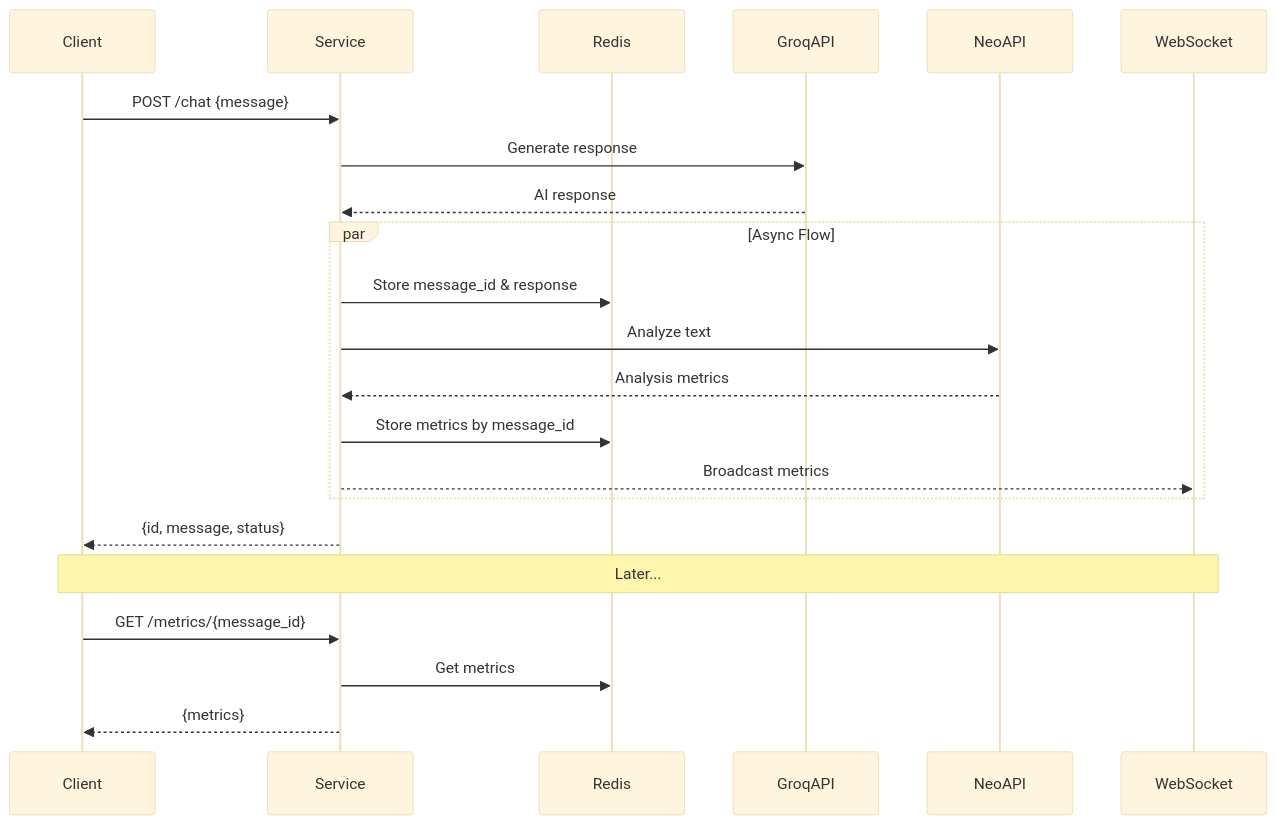
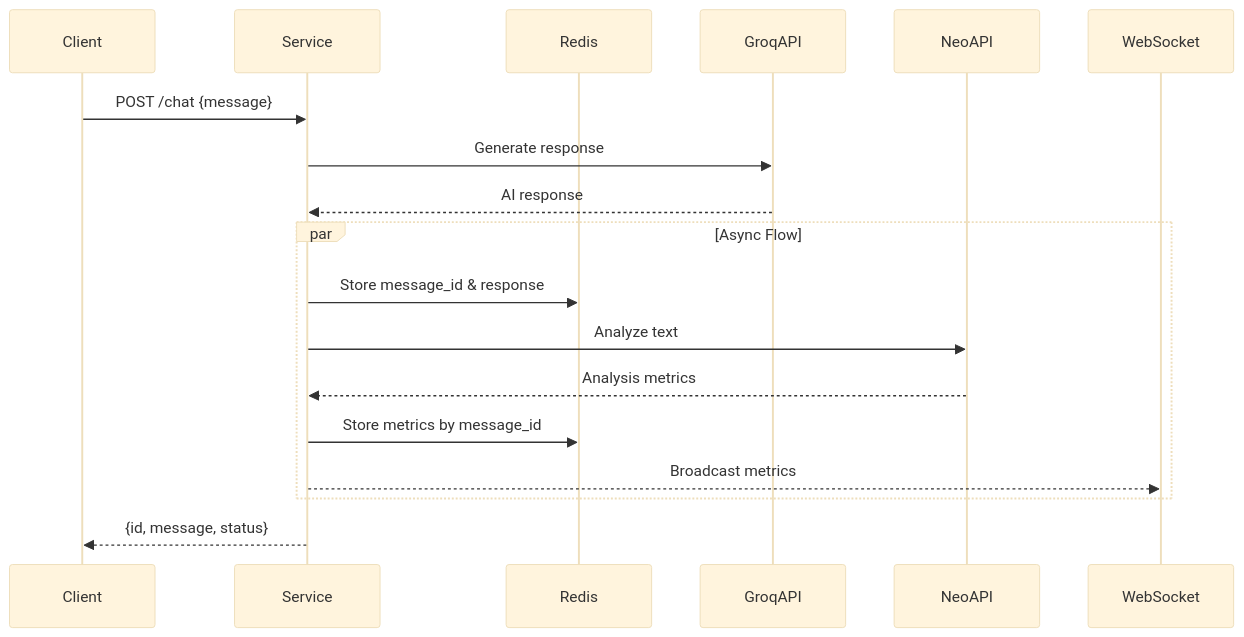
Before and after one commit to p0staltomsk/project9: the diagram in src/service/README.md, drawn with Mermaid (base theme). The commit also changed other lines of this file and 30 other files, not shown here.

````diff
--- a/src/service/README.md
+++ b/src/service/README.md
@@ -7,28 +87,23 @@
 ```mermaid
 sequenceDiagram
     participant Client
     participant Service
     participant Redis
     participant GroqAPI
     participant NeoAPI
     participant WebSocket
 
     Client->>Service: POST /chat {message}
     Service->>GroqAPI: Generate response
     GroqAPI-->>Service: AI response
     
     par Async Flow
         Service->>Redis: Store message_id & response
         Service->>NeoAPI: Analyze text
         NeoAPI-->>Service: Analysis metrics
         Service->>Redis: Store metrics by message_id
         Service-->>WebSocket: Broadcast metrics
     end
     
     Service-->>Client: {id, message, status}
-    
-    Note over Client,WebSocket: Later...
-    Client->>Service: GET /metrics/{message_id}
-    Service->>Redis: Get metrics
-    Service-->>Client: {metrics}
 ```
````
